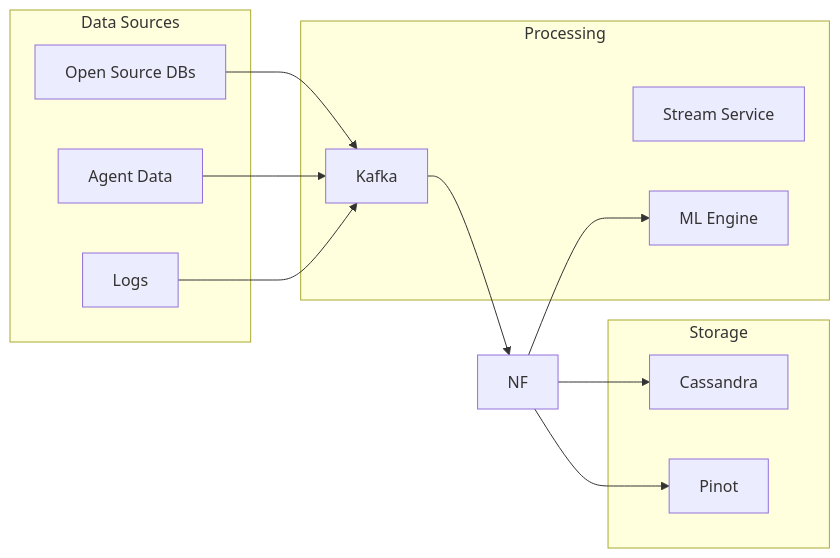
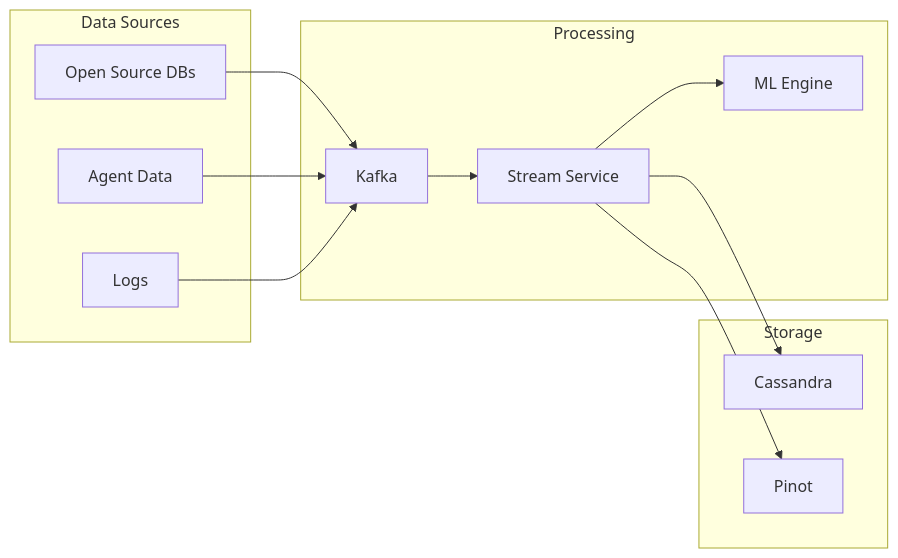
One commit to flamingo-stack/openframe-oss-tenant changed the third of 3 diagrams in docs/docs/diagrams/architecture/system-overview.md. Above: the diagram before and after it, drawn with Mermaid. The commit also changed 1 other file, not shown here.

````diff
--- a/docs/docs/diagrams/architecture/system-overview.md
+++ b/docs/docs/diagrams/architecture/system-overview.md
@@ -140,27 +140,27 @@
 ```mermaid
 graph LR
     subgraph "Data Sources"
         OS[Open Source DBs]
         AG[Agent Data]
         LG[Logs]
     end
 
     subgraph "Processing"
         KF[Kafka]
         ST[Stream Service]
         ML[ML Engine]
     end
 
     subgraph "Storage"
         CS[Cassandra]
         PT[Pinot]
     end
 
     OS --> KF
     AG --> KF
     LG --> KF
-    KF --> NF
-    NF --> ML
-    NF --> CS
-    NF --> PT
+    KF --> ST
+    ST --> ML
+    ST --> CS
+    ST --> PT
 ```
````
